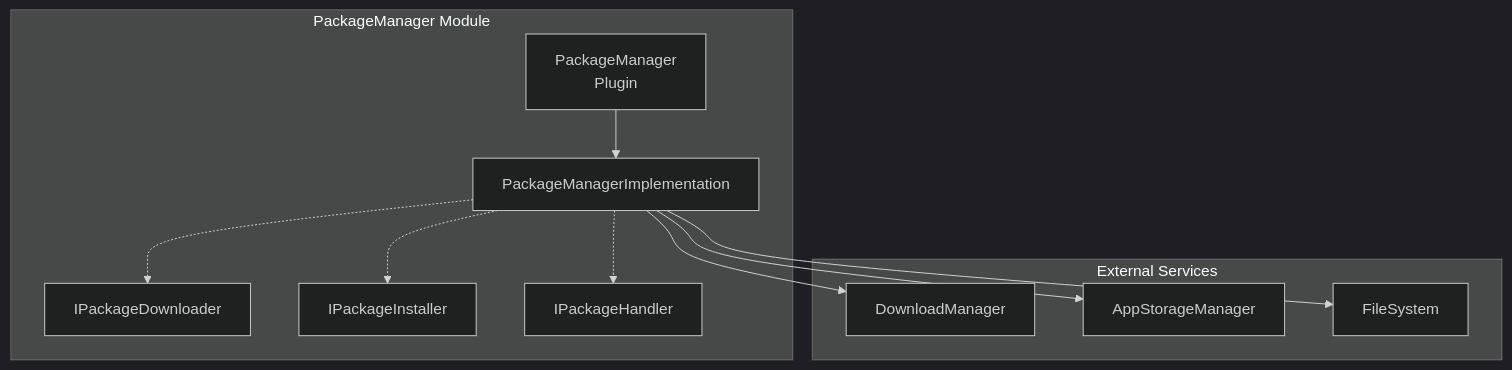
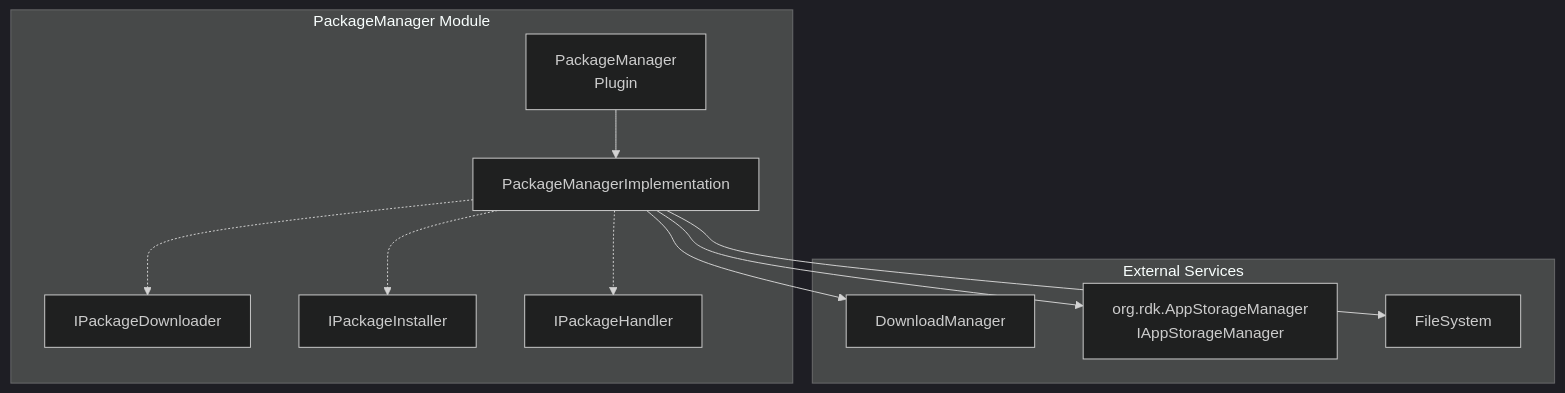
Before and after one commit to rdkcentral/entservices-appmanagers: the first of 5 diagrams in PackageManager/PackageManager.md, drawn with Mermaid (dark theme). The commit also changed other lines of this file, not shown here.

Commit message:
Potential fix for pull request finding

````diff
--- a/PackageManager/PackageManager.md
+++ b/PackageManager/PackageManager.md
@@ -33,24 +33,24 @@
 ```mermaid
 graph TB
     subgraph "PackageManager Module"
         PM[PackageManager<br/>Plugin]
         PMI[PackageManagerImplementation]
         DL[IPackageDownloader]
         INS[IPackageInstaller]
         HDL[IPackageHandler]
     end
 
     subgraph "External Services"
         DLMgr[DownloadManager]
-        StorMgr[AppStorageManager]
+        StorMgr[org.rdk.AppStorageManager<br/>IAppStorageManager]
         FS[FileSystem]
     end
 
     PM --> PMI
     PMI -.-> DL
     PMI -.-> INS
     PMI -.-> HDL
     PMI --> DLMgr
     PMI --> StorMgr
     PMI --> FS
 ```
````
